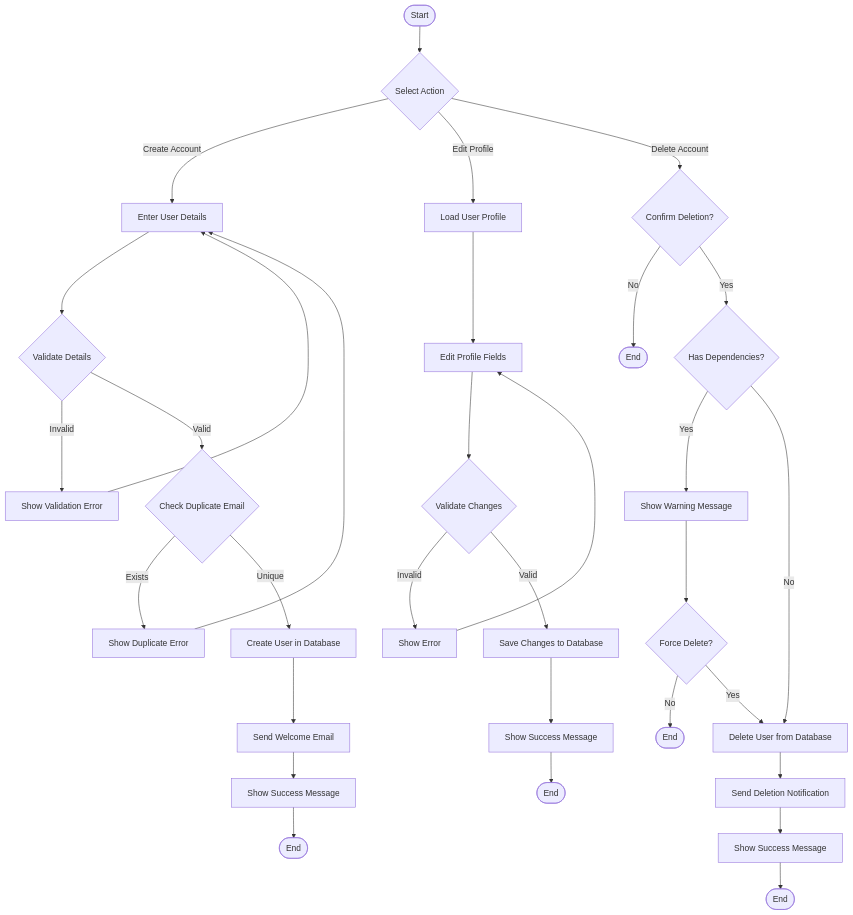
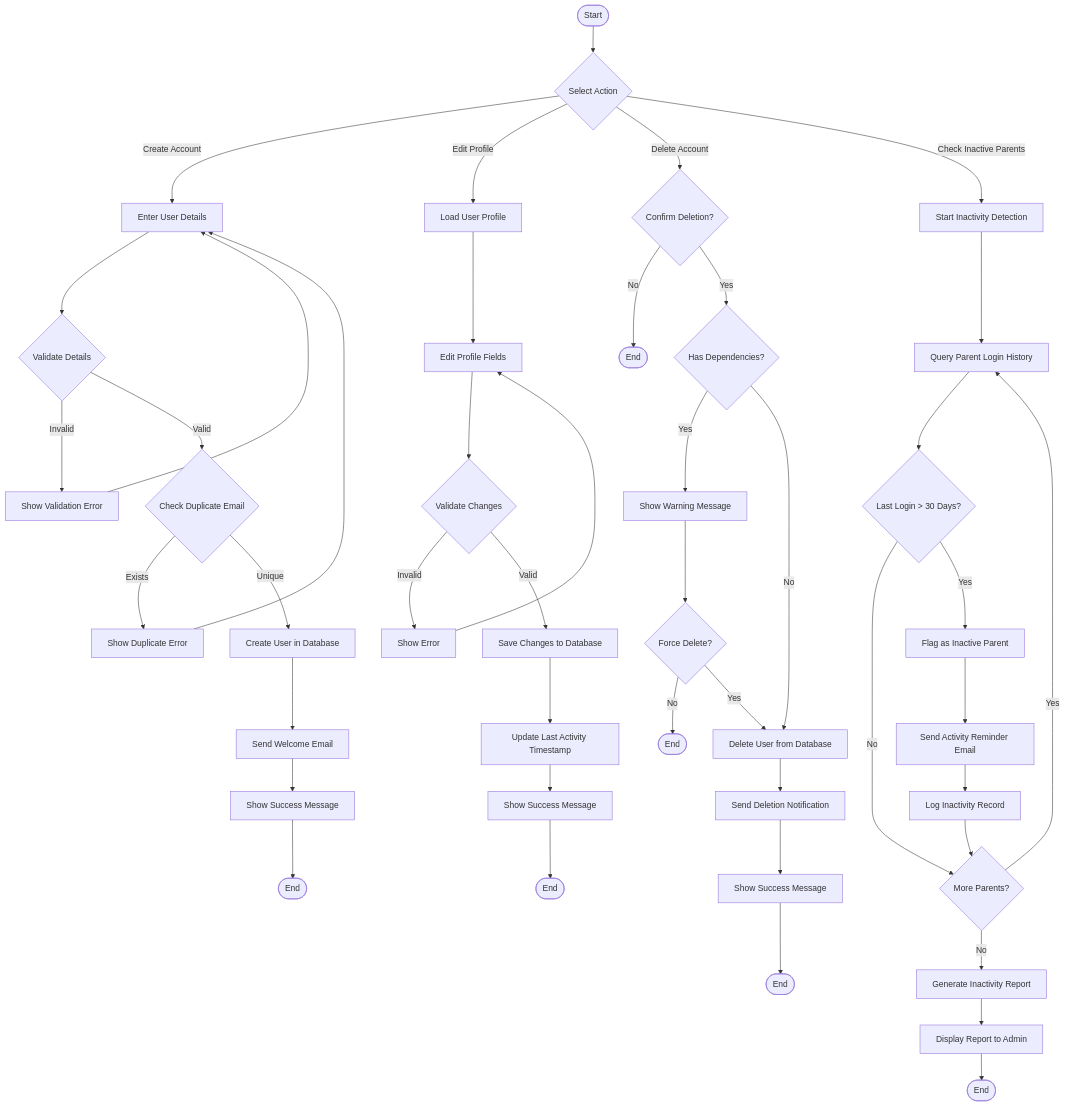
The eighth of 18 diagrams in diagrams.md (TongYwen/childfyp5), drawn with Mermaid before and after one commit. The commit also changed other lines of this file, not shown here.

First line of the commit message:
Update diagrams with proper UML notation

````diff
--- a/diagrams.md
+++ b/diagrams.md
@@ -163,37 +277,51 @@
 ```mermaid
 flowchart TD
     Start([Start]) --> SelectAction{Select Action}
     SelectAction -->|Create Account| EnterDetails[Enter User Details]
     SelectAction -->|Edit Profile| LoadProfile[Load User Profile]
     SelectAction -->|Delete Account| ConfirmDelete{Confirm Deletion?}
+    SelectAction -->|Check Inactive Parents| StartDetection[Start Inactivity Detection]
 
     EnterDetails --> ValidateDetails{Validate Details}
     ValidateDetails -->|Invalid| ShowValidationError[Show Validation Error]
     ShowValidationError --> EnterDetails
     ValidateDetails -->|Valid| CheckDuplicate{Check Duplicate Email}
     CheckDuplicate -->|Exists| ShowDuplicateError[Show Duplicate Error]
     ShowDuplicateError --> EnterDetails
     CheckDuplicate -->|Unique| CreateUser[Create User in Database]
     CreateUser --> SendWelcomeEmail[Send Welcome Email]
     SendWelcomeEmail --> Success1[Show Success Message]
     Success1 --> End1([End])
 
     LoadProfile --> EditFields[Edit Profile Fields]
     EditFields --> ValidateChanges{Validate Changes}
     ValidateChanges -->|Invalid| ShowError2[Show Error]
     ShowError2 --> EditFields
     ValidateChanges -->|Valid| SaveChanges[Save Changes to Database]
-    SaveChanges --> Success2[Show Success Message]
+    SaveChanges --> UpdateTimestamp[Update Last Activity Timestamp]
+    UpdateTimestamp --> Success2[Show Success Message]
     Success2 --> End2([End])
 
     ConfirmDelete -->|No| End3([End])
     ConfirmDelete -->|Yes| CheckDependencies{Has Dependencies?}
     CheckDependencies -->|Yes| ShowWarning[Show Warning Message]
     ShowWarning --> ForceDelete{Force Delete?}
     ForceDelete -->|No| End4([End])
     ForceDelete -->|Yes| DeleteUser
     CheckDependencies -->|No| DeleteUser[Delete User from Database]
     DeleteUser --> NotifyUser[Send Deletion Notification]
     NotifyUser --> Success3[Show Success Message]
     Success3 --> End5([End])
+
+    StartDetection --> QueryDatabase[Query Parent Login History]
+    QueryDatabase --> CheckLastLogin{Last Login > 30 Days?}
+    CheckLastLogin -->|No| CheckNext{More Parents?}
+    CheckLastLogin -->|Yes| FlagInactive[Flag as Inactive Parent]
+    FlagInactive --> SendReminder[Send Activity Reminder Email]
+    SendReminder --> LogInactivity[Log Inactivity Record]
+    LogInactivity --> CheckNext
+    CheckNext -->|Yes| QueryDatabase
+    CheckNext -->|No| GenerateReport[Generate Inactivity Report]
+    GenerateReport --> DisplayReport[Display Report to Admin]
+    DisplayReport --> End6([End])
 ```
````
